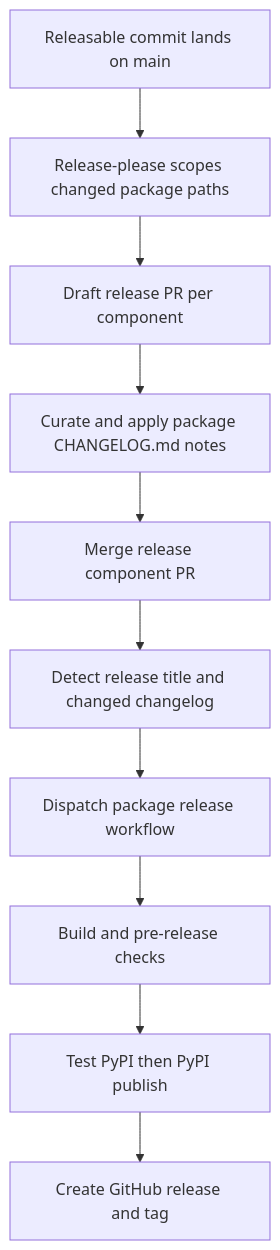
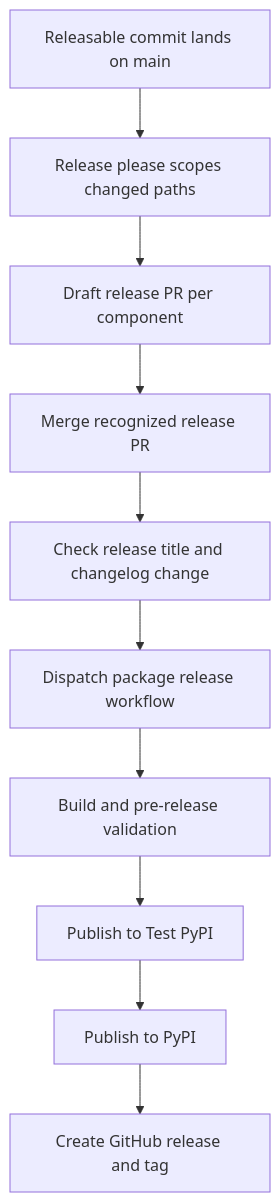
Before and after one commit to langchain-ai/deepagents: the second of 2 diagrams in openwiki/operations/development.md, drawn with Mermaid. The commit also changed other lines of this file and 39 other files, not shown here.

````diff
--- a/openwiki/operations/development.md
+++ b/openwiki/operations/development.md
@@ -157,12 +155,12 @@
 ```mermaid
 flowchart TD
-    A["Releasable commit lands on main"] --> B["Release-please scopes changed package paths"]
-    B --> C["Draft release PR per component"]
-    C --> D["Curate and apply package CHANGELOG.md notes"]
-    D --> E["Merge release component PR"]
-    E --> F["Detect release title and changed changelog"]
-    F --> G["Dispatch package release workflow"]
-    G --> H["Build and pre-release checks"]
-    H --> I["Test PyPI then PyPI publish"]
-    I --> J["Create GitHub release and tag"]
+    Land["Releasable commit lands on main"] --> Scope["Release please scopes changed paths"]
+    Scope --> Draft["Draft release PR per component"]
+    Draft --> Merge["Merge recognized release PR"]
+    Merge --> Detect["Check release title and changelog change"]
+    Detect --> Dispatch["Dispatch package release workflow"]
+    Dispatch --> Build["Build and pre-release validation"]
+    Build --> TestPyPI["Publish to Test PyPI"]
+    TestPyPI --> PyPI["Publish to PyPI"]
+    PyPI --> GitHub["Create GitHub release and tag"]
 ```
````
